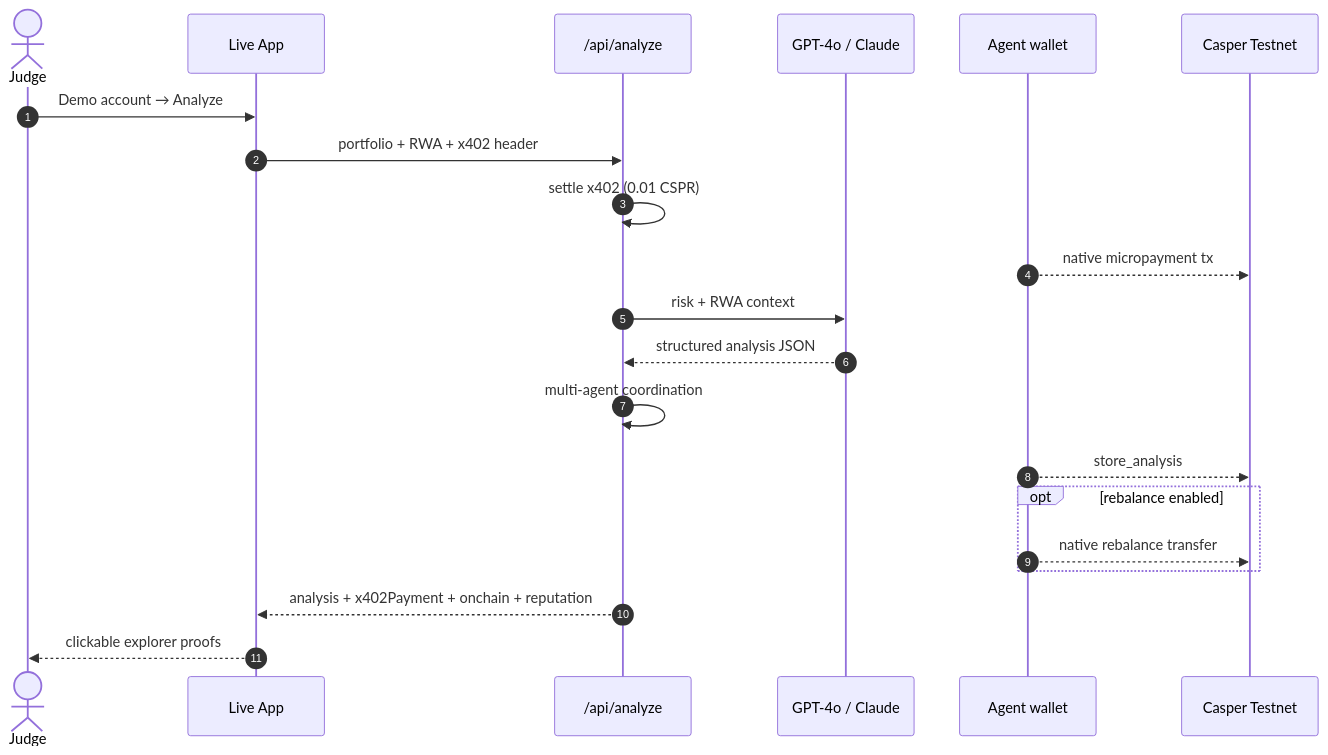
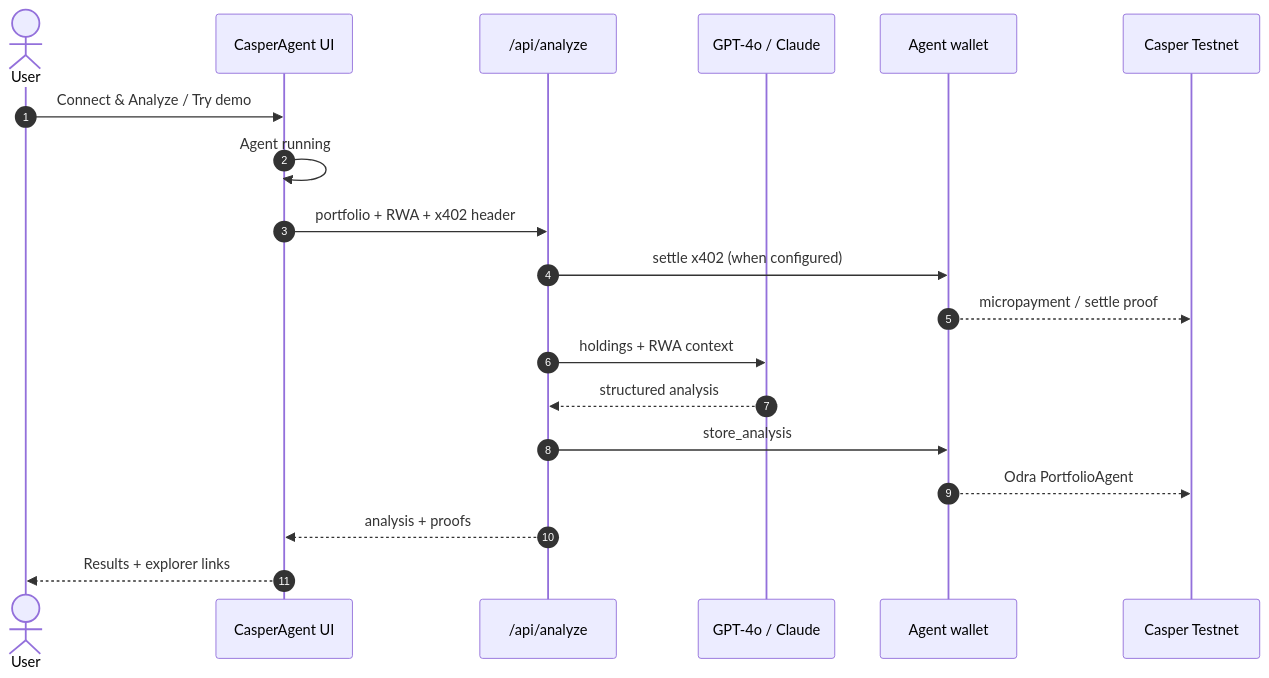
The first of 2 diagrams in README.md (thesithunyein/casper-ai-portfolio-agent), drawn with Mermaid before and after one commit. The commit also changed other lines of this file and 1 other file, not shown here.

First line of the commit message:
docs: align README and judge playbook with live CasperAgent UI

````diff
--- a/README.md
+++ b/README.md
@@ -96,24 +75,22 @@
 ```mermaid
 sequenceDiagram
   autonumber
-  actor Judge
-  participant App as Live App
+  actor User
+  participant App as CasperAgent UI
   participant API as /api/analyze
   participant AI as GPT-4o / Claude
   participant Agent as Agent wallet
   participant Chain as Casper Testnet
 
-  Judge->>App: Demo account → Analyze
+  User->>App: Connect & Analyze / Try demo
+  App->>App: Agent running
   App->>API: portfolio + RWA + x402 header
-  API->>API: settle x402 (0.01 CSPR)
-  Agent-->>Chain: native micropayment tx
-  API->>AI: risk + RWA context
-  AI-->>API: structured analysis JSON
-  API->>API: multi-agent coordination
-  Agent-->>Chain: store_analysis
-  opt rebalance enabled
-    Agent-->>Chain: native rebalance transfer
-  end
-  API-->>App: analysis + x402Payment + onchain + reputation
-  App-->>Judge: clickable explorer proofs
+  API->>Agent: settle x402 (when configured)
+  Agent-->>Chain: micropayment / settle proof
+  API->>AI: holdings + RWA context
+  AI-->>API: structured analysis
+  API->>Agent: store_analysis
+  Agent-->>Chain: Odra PortfolioAgent
+  API-->>App: analysis + proofs
+  App-->>User: Results + explorer links
 ```
````
